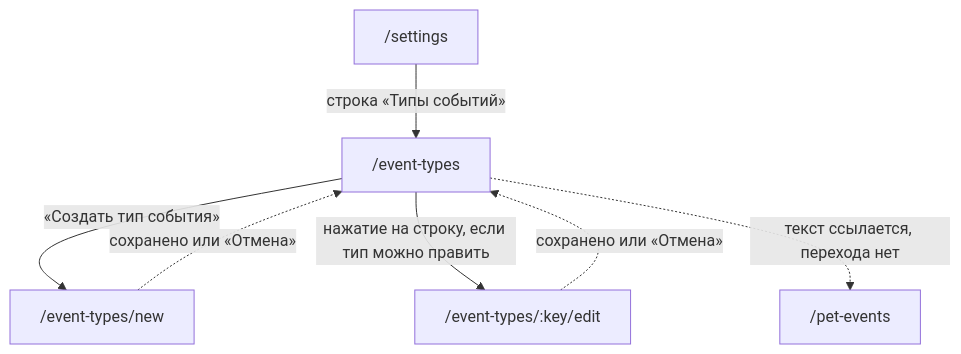
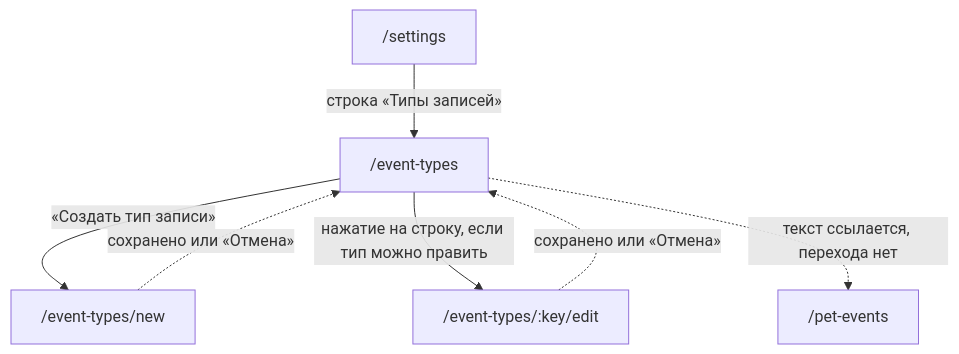
The diagram in docs/ux/event-types-settings.md (aa-blinov/petzy), drawn with Mermaid before and after one commit. The commit also changed other lines of this file and 31 other files, not shown here.

Commit message:
Проверки и документы: слово «событие» заменено на «запись» и «тип записи»

````diff
--- a/docs/ux/event-types-settings.md
+++ b/docs/ux/event-types-settings.md
@@ -36,15 +36,15 @@
 ```mermaid
 graph TD
   settings["/settings"]
   types["/event-types"]
   newtype["/event-types/new"]
   edittype["/event-types/:key/edit"]
   petevents["/pet-events"]
 
-  settings -->|"строка «Типы событий»"| types
-  types -->|"«Создать тип события»"| newtype
+  settings -->|"строка «Типы записей»"| types
+  types -->|"«Создать тип записи»"| newtype
   types -->|"нажатие на строку, если тип можно править"| edittype
   types -. "текст ссылается, перехода нет" .-> petevents
   newtype -. "сохранено или «Отмена»" .-> types
   edittype -. "сохранено или «Отмена»" .-> types
 ```
````
